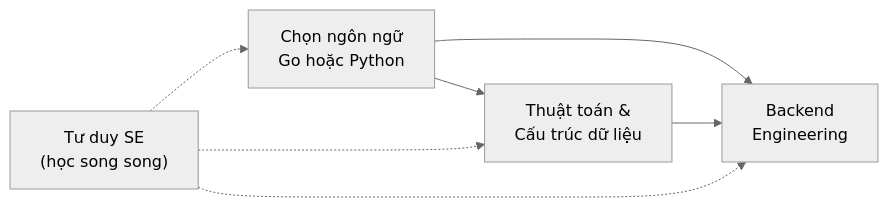
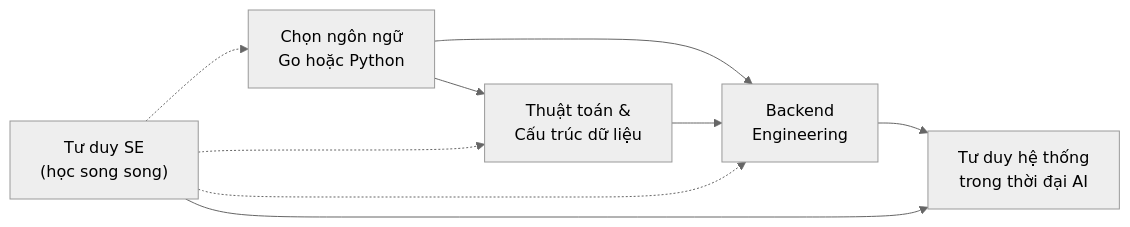
The diagram in README.md (nguyenthanh1205tb/learning), drawn with Mermaid (neutral theme) before and after one commit. The commit also changed other lines of this file and 13 other files, not shown here.

First line of the commit message:
Add "Tư duy hệ thống trong thời đại AI" course (#9)

````diff
--- a/README.md
+++ b/README.md
@@ -32,9 +34,11 @@
 ```mermaid
 flowchart LR
     A["Chọn ngôn ngữ<br/>Go hoặc Python"] --> B["Thuật toán &<br/>Cấu trúc dữ liệu"]
     A --> C["Backend<br/>Engineering"]
     B --> C
     D["Tư duy SE<br/>(học song song)"] -.-> A
     D -.-> B
     D -.-> C
+    C --> E["Tư duy hệ thống<br/>trong thời đại AI"]
+    D --> E
 ```
````
